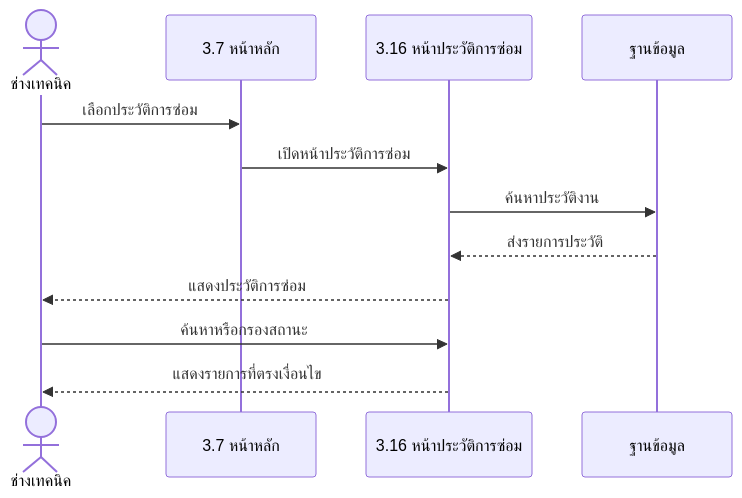
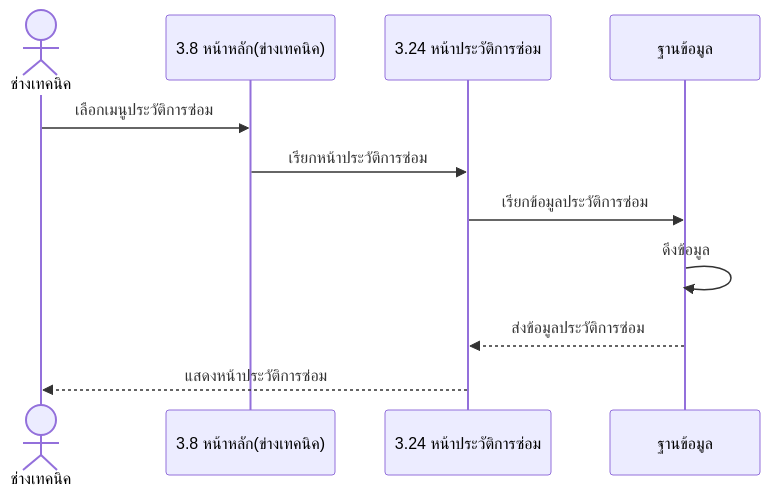
The tenth of 20 diagrams in sequence-diagrams.md (nonkanisorn/helpdesk-systemv2), drawn with Mermaid before and after one commit. The commit also changed other lines of this file and 132 other files, not shown here.

````diff
--- a/sequence-diagrams.md
+++ b/sequence-diagrams.md
@@ -172,14 +182,14 @@
 ```mermaid
 sequenceDiagram
     actor Aactor as ช่างเทคนิค
-    participant Home as 3.7 หน้าหลัก
-    participant History as 3.16 หน้าประวัติการซ่อม
+    participant MainPage as 3.8 หน้าหลัก(ข่างเทคนิค)
+    participant History as 3.24 หน้าประวัติการซ่อม
     participant DB as ฐานข้อมูล
-    Aactor->>Home: เลือกประวัติการซ่อม
-    Home->>History: เปิดหน้าประวัติการซ่อม
-    History->>DB: ค้นหาประวัติงาน
-    DB-->>History: ส่งรายการประวัติ
-    History-->>Aactor: แสดงประวัติการซ่อม
-    Aactor->>History: ค้นหาหรือกรองสถานะ
-    History-->>Aactor: แสดงรายการที่ตรงเงื่อนไข
+Aactor->>MainPage:เลือกเมนูประวัติการซ่อม
+MainPage->>History:เรียกหน้าประวัติการซ่อม
+History->>DB:เรียกข้อมูลประวัติการซ่อม
+DB->>DB:ดึงข้อมูล
+DB-->>History:ส่งข้อมูลประวัติการซ่อม
+History-->>Aactor:แสดงหน้าประวัติการซ่อม
+
 ```
````
